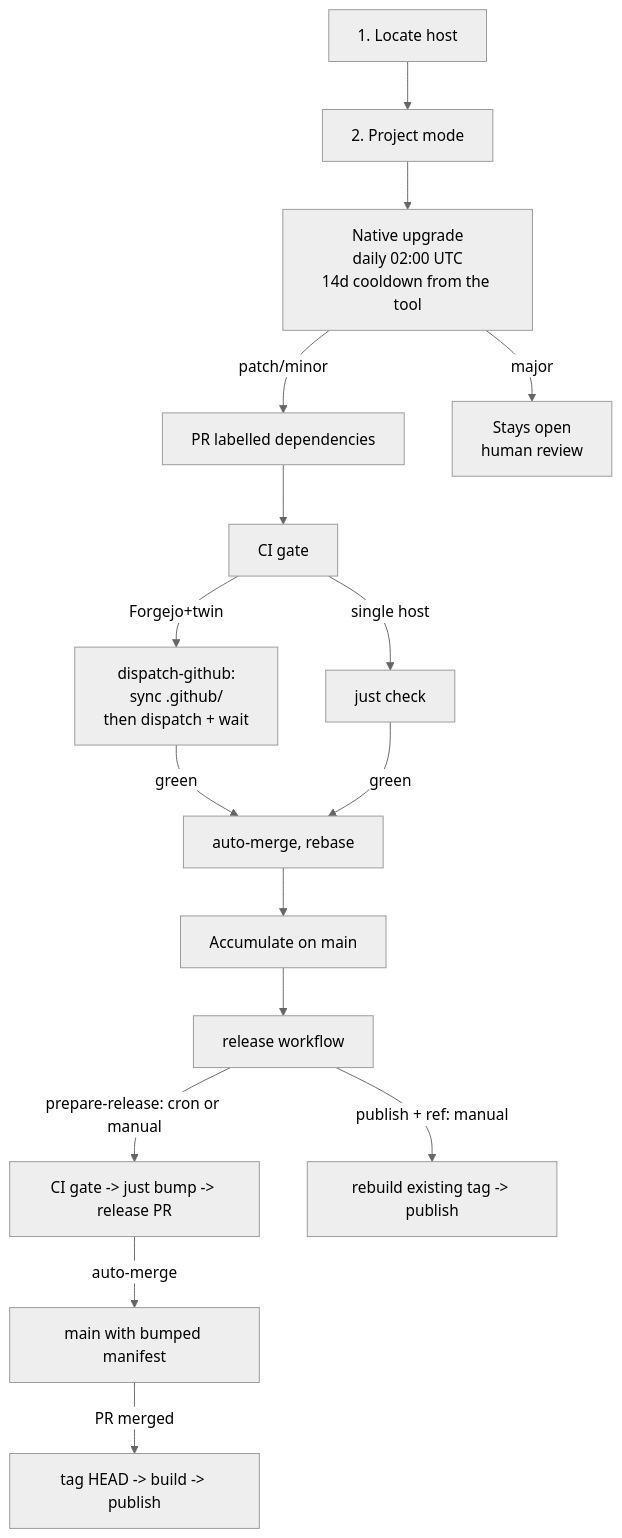
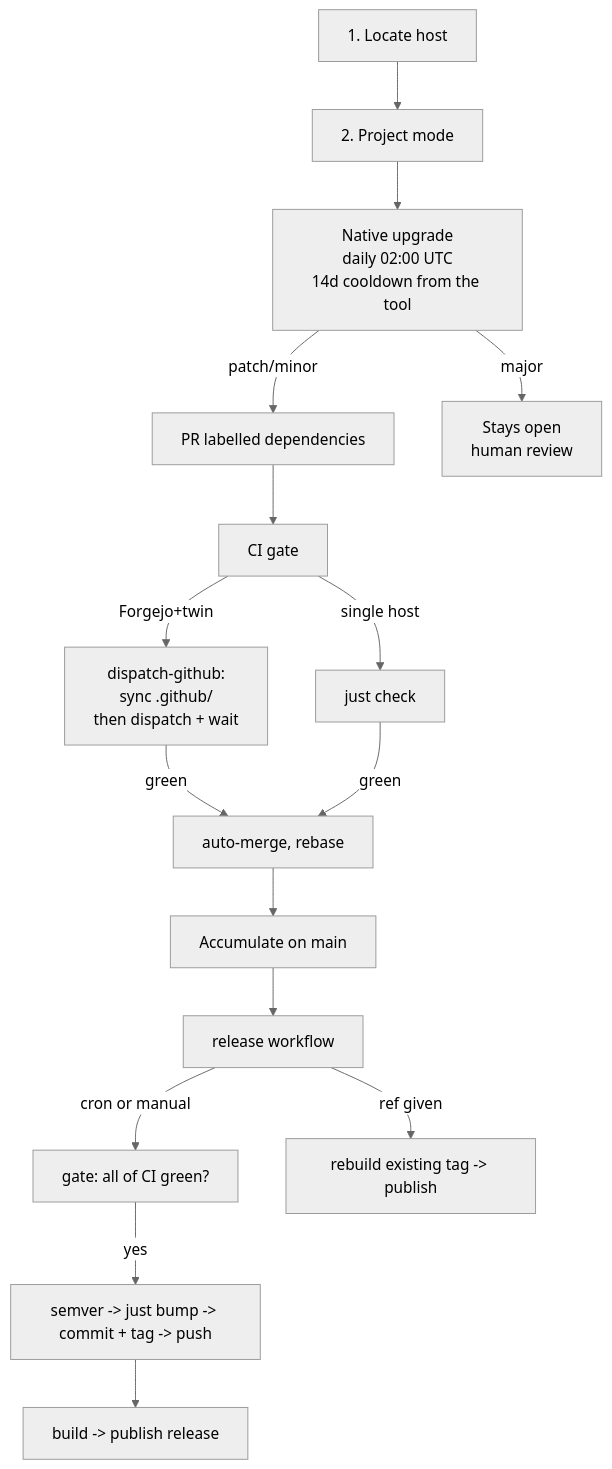
One commit to Delnegend/dotfiles changed the diagram in dot_agents/skills/autonomous-upgrade/SKILL.md. Above: the diagram before and after it, drawn with Mermaid (neutral theme). The commit also changed other lines of this file and 3 other files, not shown here.

First line of the commit message:
docs(skill): single-run gate-and-ship release, no PR dance

````diff
--- a/dot_agents/skills/autonomous-upgrade/SKILL.md
+++ b/dot_agents/skills/autonomous-upgrade/SKILL.md
@@ -33,18 +33,18 @@
 ```mermaid
 flowchart TD
     Z[1. Locate host] --> Y[2. Project mode]
     Y --> A[Native upgrade<br/>daily 02:00 UTC<br/>14d cooldown from the tool]
     A -->|patch/minor| B[PR labelled dependencies]
     A -->|major| C[Stays open<br/>human review]
     B --> D[CI gate]
     D -->|Forgejo+twin| D2[dispatch-github:<br/>sync .github/<br/>then dispatch + wait]
     D -->|single host| D3[just check]
     D2 -->|green| E[auto-merge, rebase]
     D3 -->|green| E
     E --> F[Accumulate on main]
     F --> G[release workflow]
-    G -->|prepare-release: cron or manual| H[CI gate -> just bump -> release PR]
-    H -->|auto-merge| H2[main with bumped manifest]
-    H2 -->|PR merged| I[tag HEAD -> build -> publish]
-    G -->|publish + ref: manual| I2[rebuild existing tag -> publish]
+    G -->|cron or manual| H[gate: all of CI green?]
+    H -->|yes| H2[semver -> just bump -> commit + tag -> push]
+    H2 --> I[build -> publish release]
+    G -->|ref given| I2[rebuild existing tag -> publish]
 ```
````
